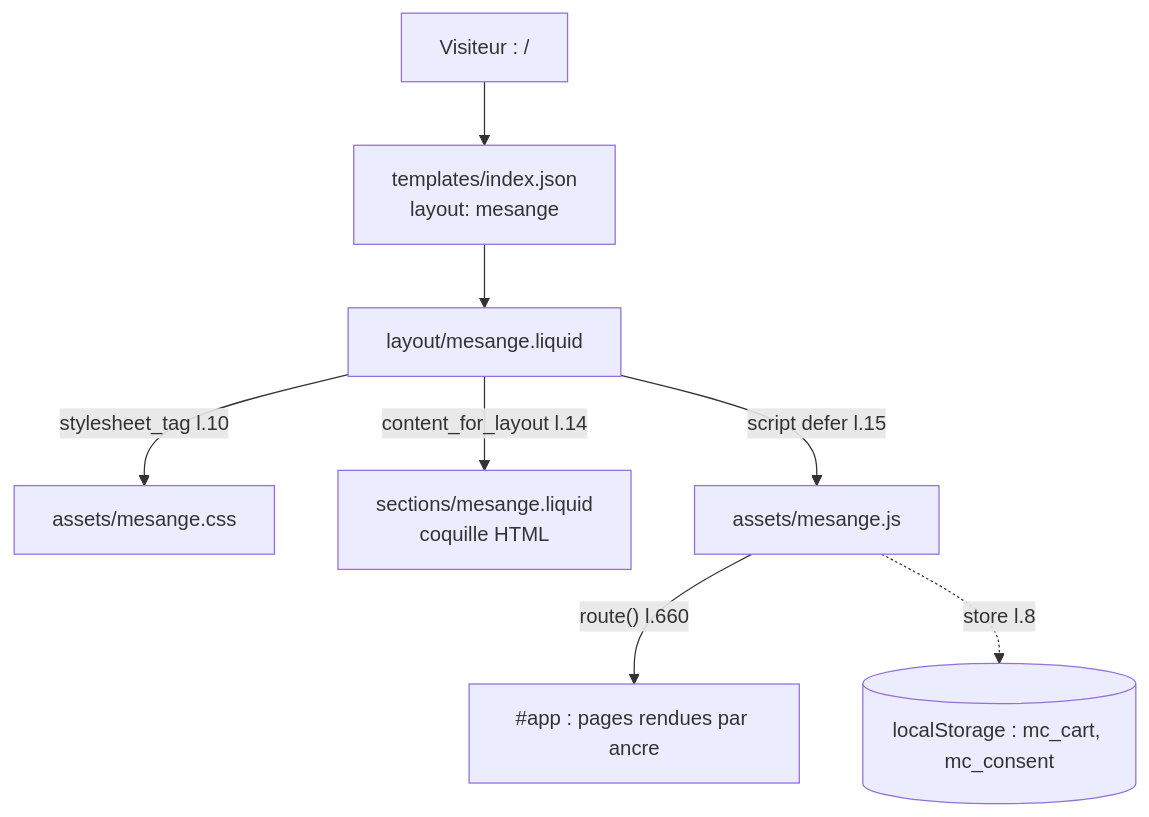
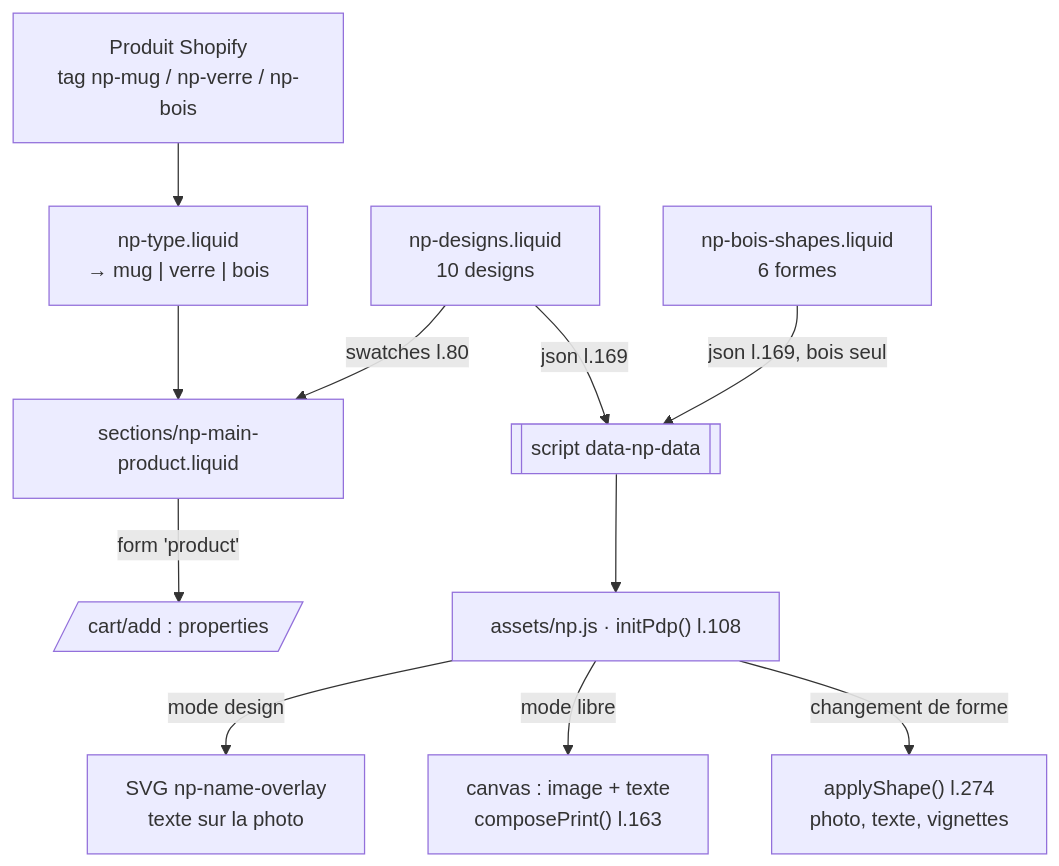
Before and after one commit to SylvainCode42A/Drop-Shipping-Agentique: the diagram in 5-boutique/5-integration-shopify/MOD - Thème Shopify.md, drawn with Mermaid. The commit also changed other lines of this file and 54 other files, not shown here.

````diff
--- a/5-boutique/5-integration-shopify/MOD - Thème Shopify.md
+++ b/5-boutique/5-integration-shopify/MOD - Thème Shopify.md
@@ -27,10 +32,13 @@
 ```mermaid
 flowchart TD
-    V[Visiteur : /] --> IDX["templates/index.json<br/>layout: mesange"]
-    IDX --> LAY["layout/mesange.liquid"]
-    LAY -->|"stylesheet_tag l.10"| CSS["assets/mesange.css"]
-    LAY -->|"content_for_layout l.14"| SEC["sections/mesange.liquid<br/>coquille HTML"]
-    LAY -->|"script defer l.15"| JS["assets/mesange.js"]
-    JS -->|"route() l.660"| APP["#app : pages rendues par ancre"]
-    JS -.->|"store l.8"| LS[("localStorage : mc_cart, mc_consent")]
+    P[Produit Shopify<br/>tag np-mug / np-verre / np-bois] --> T["np-type.liquid<br/>→ mug | verre | bois"]
+    T --> PDP["sections/np-main-product.liquid"]
+    D["np-designs.liquid<br/>10 designs"] -->|swatches l.80| PDP
+    D -->|json l.169| JSON[["script data-np-data"]]
+    S["np-bois-shapes.liquid<br/>6 formes"] -->|json l.169, bois seul| JSON
+    JSON --> JS["assets/np.js · initPdp() l.108"]
+    JS -->|mode design| OV["SVG np-name-overlay<br/>texte sur la photo"]
+    JS -->|mode libre| CV["canvas : image + texte<br/>composePrint() l.163"]
+    JS -->|changement de forme| AS["applyShape() l.274<br/>photo, texte, vignettes"]
+    PDP -->|form 'product'| CART[/cart/add : properties/]
 ```
````
